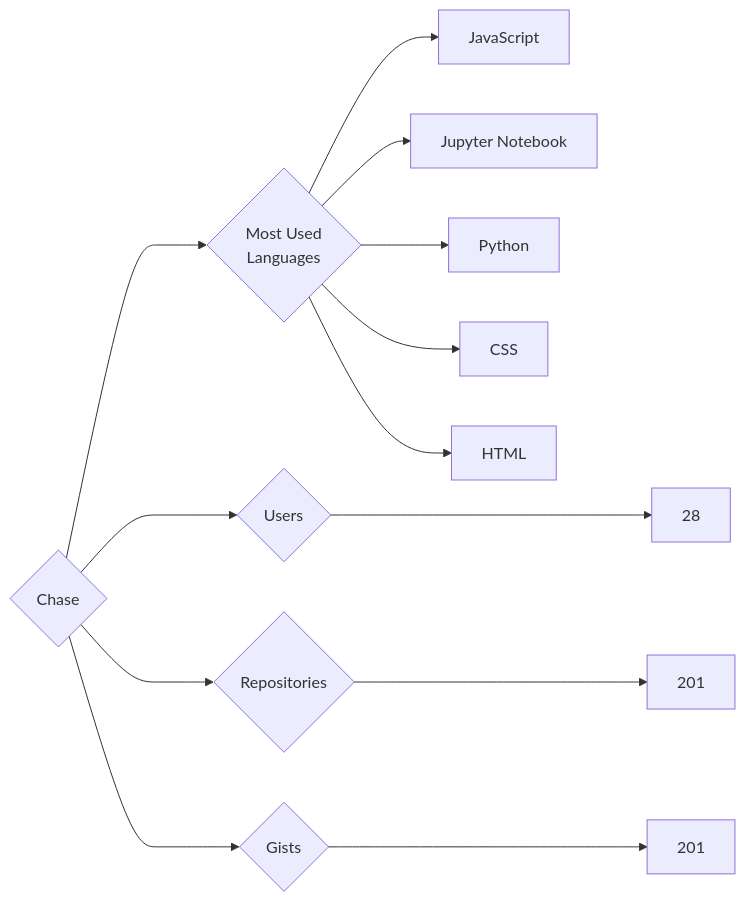
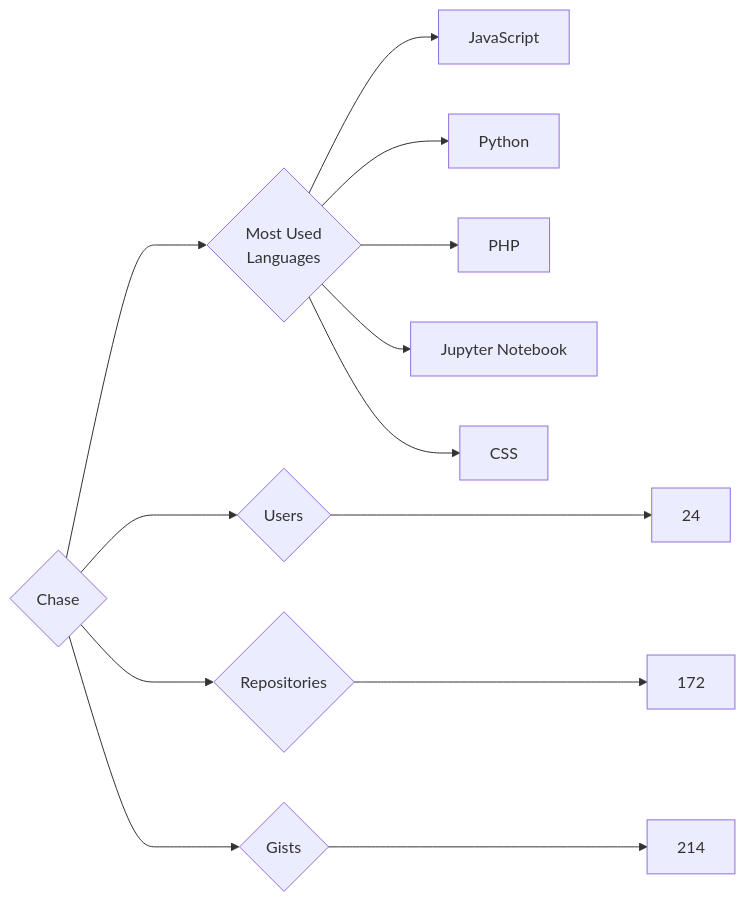
Before and after one commit to trickest/insiders: the diagram in targets/Chase/README.md, drawn with Mermaid. The commit also changed 748 other files, not shown here.

````diff
--- a/targets/Chase/README.md
+++ b/targets/Chase/README.md
@@ -3,13 +3,13 @@
 ```mermaid
 graph LR
 COMPANY_NAME{Chase}
-COMPANY_NAME ---> U{Users} ---> UN[28]
-COMPANY_NAME ---> R{Repositories} ---> RN[201]
-COMPANY_NAME ---> G{Gists} ---> GN[201]
+COMPANY_NAME ---> U{Users} ---> UN[24]
+COMPANY_NAME ---> R{Repositories} ---> RN[172]
+COMPANY_NAME ---> G{Gists} ---> GN[214]
 COMPANY_NAME ---> ML{Most Used<br>Languages}
 ML --> JavaScript[JavaScript]
+ML --> Python[Python]
+ML --> PHP[PHP]
 ML --> Jupyter_Notebook[Jupyter Notebook]
-ML --> Python[Python]
 ML --> CSS[CSS]
-ML --> HTML[HTML]
 ```
````
